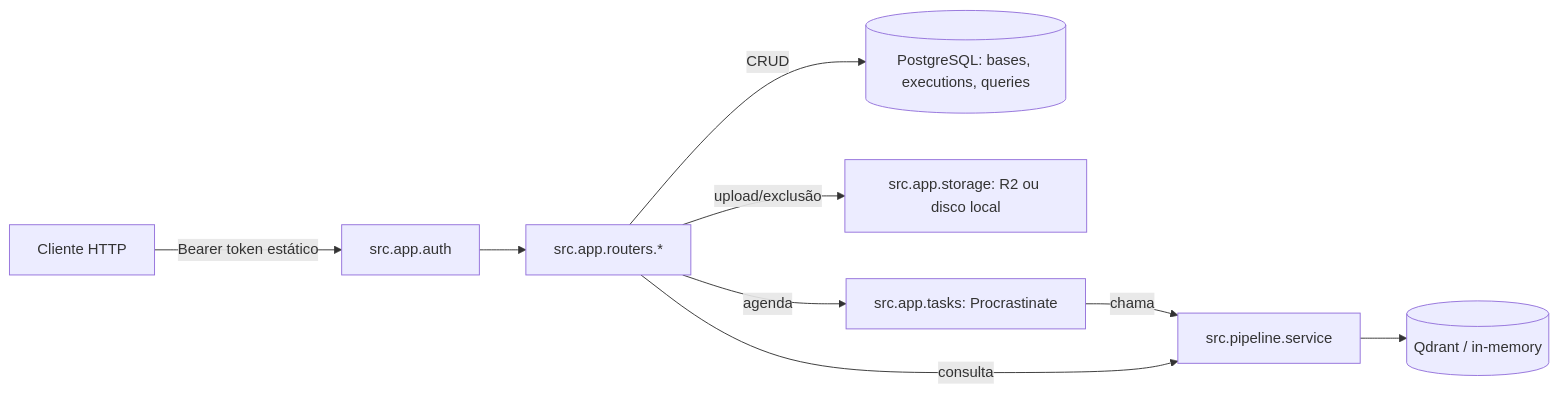
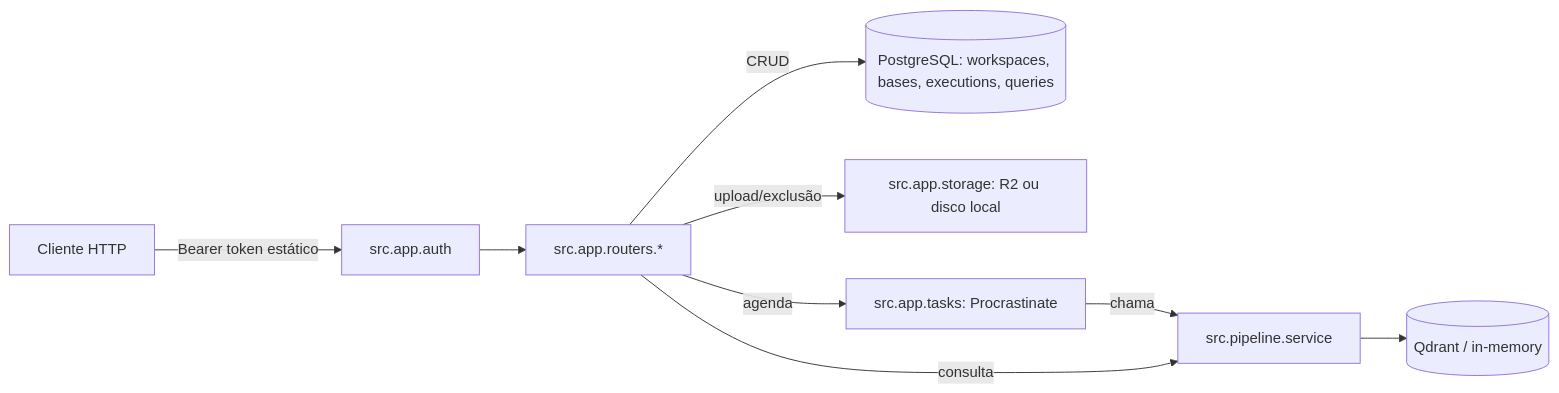
The fourth of 4 diagrams in docs/architecture.md (marciohernandez/rag-pipeline), drawn with Mermaid before and after one commit. The commit also changed other lines of this file and 61 other files, not shown here.

First line of the commit message:
feat(SPEC-0019): agrupar bases em Workspaces com controle de coleção e metadados (#17)

````diff
--- a/docs/architecture.md
+++ b/docs/architecture.md
@@ -204,11 +204,11 @@
 ```mermaid
 flowchart LR
   Cliente[Cliente HTTP] -->|Bearer token estático| Auth[src.app.auth]
   Auth --> Routers[src.app.routers.*]
-  Routers -->|CRUD| DB[(PostgreSQL: bases, executions, queries)]
+  Routers -->|CRUD| DB[(PostgreSQL: workspaces, bases, executions, queries)]
   Routers -->|upload/exclusão| Storage[src.app.storage: R2 ou disco local]
   Routers -->|agenda| Tasks[src.app.tasks: Procrastinate]
   Tasks -->|chama| Fachada[src.pipeline.service]
   Routers -->|consulta| Fachada
   Fachada --> Qdrant[(Qdrant / in-memory)]
 ```
````
